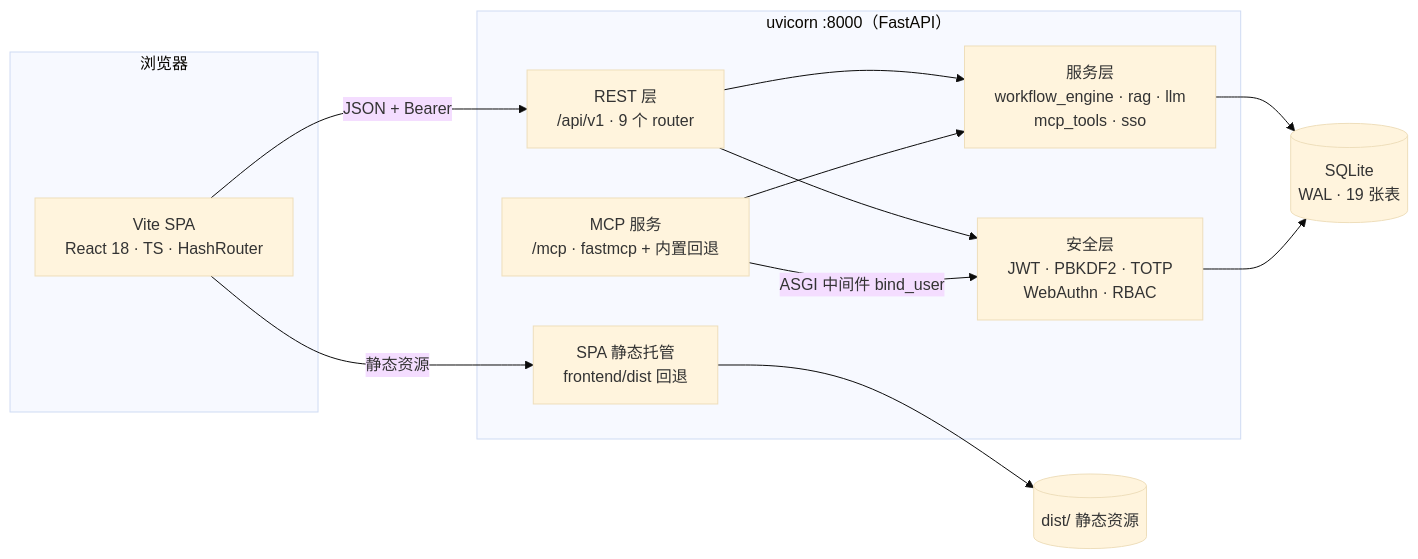
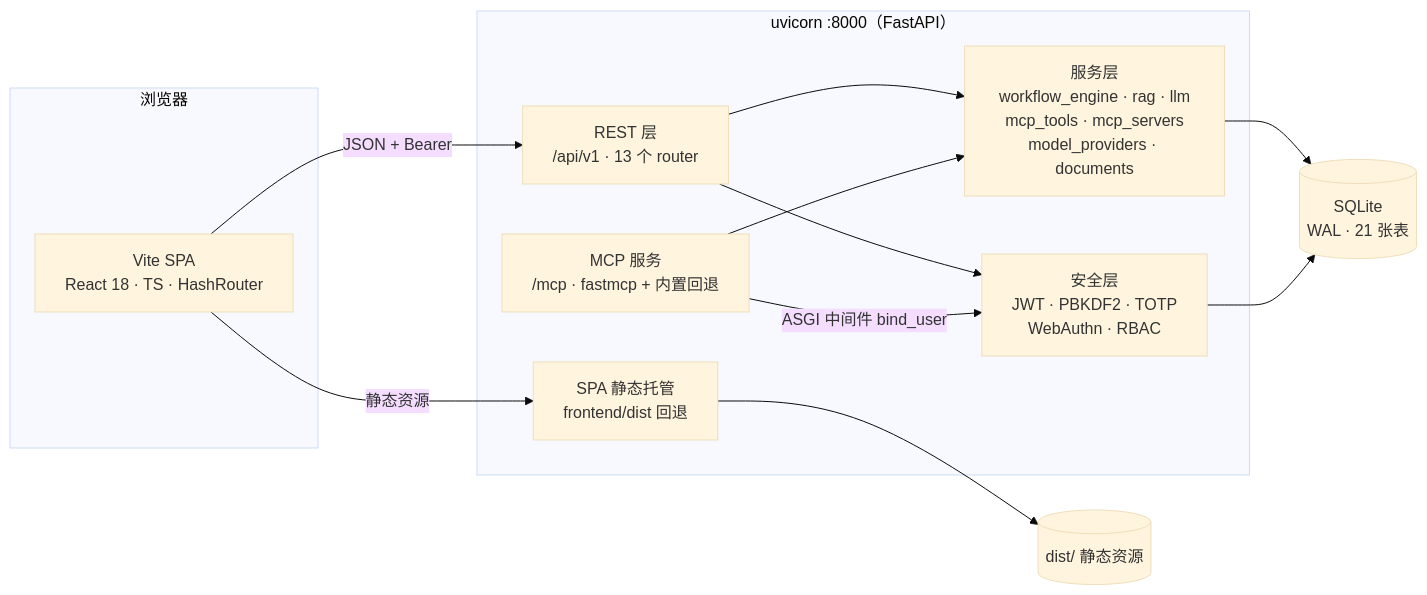
Before and after one commit to liudonghua123/ai-lowcode-platform: the second of 4 diagrams in docs/architecture.zh-CN.md, drawn with Mermaid (base theme). The commit also changed other lines of this file and 61 other files, not shown here.

Commit message:
feat(platform): split MCP servers and Skills, add AI model providers, knowledge upload and agent bindings

````diff
--- a/docs/architecture.zh-CN.md
+++ b/docs/architecture.zh-CN.md
@@ -60,25 +60,25 @@
 ```mermaid
 flowchart LR
     subgraph Browser[浏览器]
         SPA[Vite SPA<br/>React 18 · TS · HashRouter]
     end
     subgraph Process["uvicorn :8000（FastAPI）"]
-        API["REST 层<br/>/api/v1 · 9 个 router"]
+        API["REST 层<br/>/api/v1 · 13 个 router"]
         MCPS["MCP 服务<br/>/mcp · fastmcp + 内置回退"]
-        SVC["服务层<br/>workflow_engine · rag · llm<br/>mcp_tools · sso"]
+        SVC["服务层<br/>workflow_engine · rag · llm<br/>mcp_tools · mcp_servers<br/>model_providers · documents"]
         SEC["安全层<br/>JWT · PBKDF2 · TOTP<br/>WebAuthn · RBAC"]
         HOST["SPA 静态托管<br/>frontend/dist 回退"]
     end
-    DB[(SQLite<br/>WAL · 19 张表)]
+    DB[(SQLite<br/>WAL · 21 张表)]
     FS[("dist/ 静态资源")]
 
     SPA -->|JSON + Bearer| API
     SPA -->|静态资源| HOST
     API --> SEC
     API --> SVC
     MCPS -->|ASGI 中间件 bind_user| SEC
     MCPS --> SVC
     SVC --> DB
     SEC --> DB
     HOST --> FS
 ```
````
